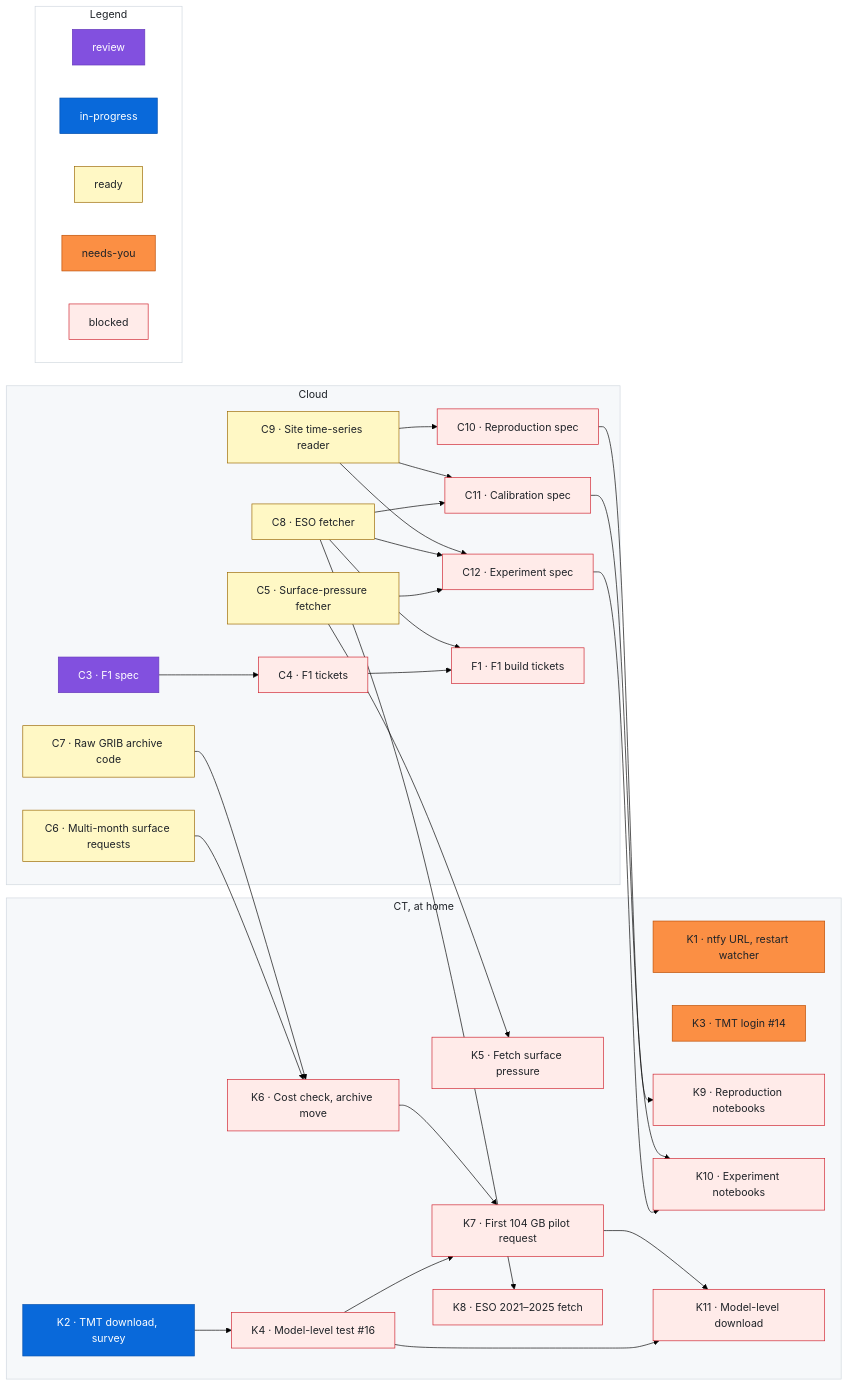
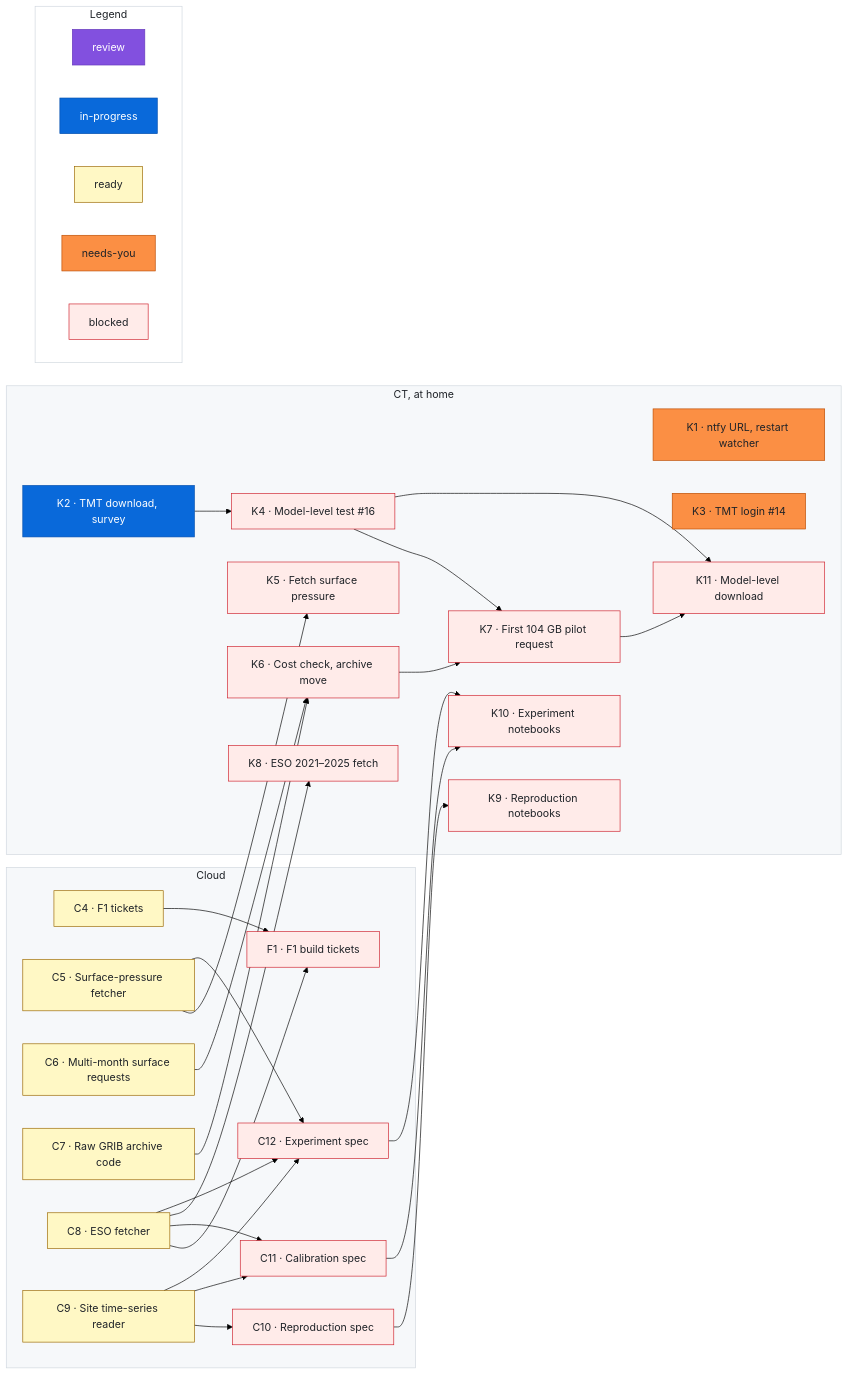
One commit to rrweller/Astro-seeing changed the diagram in docs/roadmap.md. Above: the diagram before and after it, drawn with Mermaid (forest theme). The commit also changed other lines of this file, not shown here.

First line of the commit message:
roadmap: sweep (remove C3 (#48 merged); C4 ready)

````diff
--- a/docs/roadmap.md
+++ b/docs/roadmap.md
@@ -69,7 +67,6 @@
 ```mermaid
 flowchart LR
   subgraph cloud["Cloud"]
-    C3["C3 · F1 spec"]
     C4["C4 · F1 tickets"]
     C5["C5 · Surface-pressure fetcher"]
     C6["C6 · Multi-month surface requests"]
@@ -94,7 +91,7 @@
     K10["K10 · Experiment notebooks"]
     K11["K11 · Model-level download"]
   end
-  C3 --> C4 --> F1
+  C4 --> F1
   C8 --> F1
   C9 --> C10
   C8 --> C11
@@ -129,9 +126,7 @@
   classDef needsyou fill:#fb8f44,stroke:#bc4c00,color:#1f2328
   classDef blocked fill:#ffebe9,stroke:#cf222e,color:#1f2328
   %% Status lines: one per item, each followed by a `%% ---` spacer. Sessions change only the last word.
-  class C3 review
-  %% ---
-  class C4 blocked
+  class C4 ready
   %% ---
   class C5 ready
   %% ---
````
